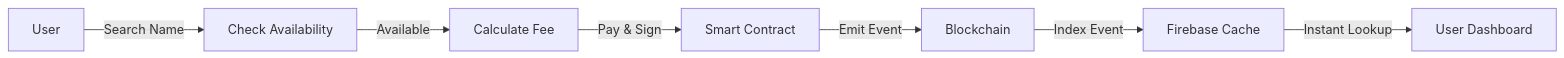
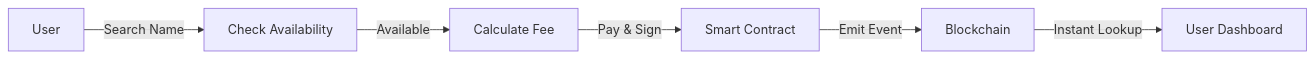
Before and after one commit to Miracle656/universal_name_service: the diagram in README.md, drawn with Mermaid. The commit also changed other lines of this file and 43 other files, not shown here.

````diff
--- a/README.md
+++ b/README.md
@@ -88,9 +80,8 @@
 ```mermaid
 graph LR
     A[User] -->|Search Name| B[Check Availability]
     B -->|Available| C[Calculate Fee]
     C -->|Pay & Sign| D[Smart Contract]
     D -->|Emit Event| E[Blockchain]
-    E -->|Index Event| F[Firebase Cache]
-    F -->|Instant Lookup| G[User Dashboard]
+    E -->|Instant Lookup| G[User Dashboard]
 ```
````
